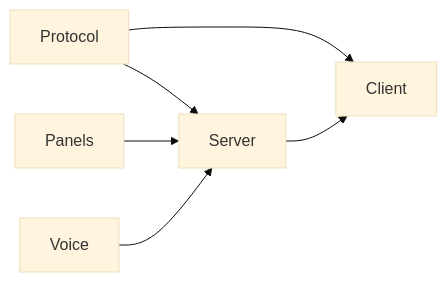
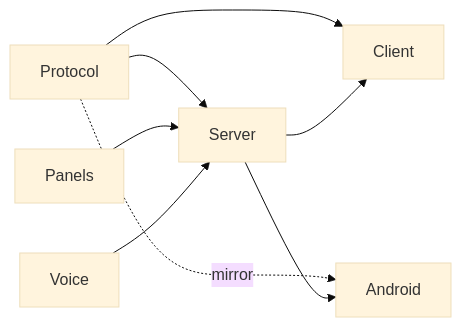
One commit to alennartz/pimote changed the first of 4 diagrams in codemap.md. Above: the diagram before and after it, drawn with Mermaid (base theme). The commit also changed other lines of this file and 9 other files, not shown here.

````diff
--- a/codemap.md
+++ b/codemap.md
@@ -7,8 +7,10 @@
 ```mermaid
 graph LR
   Protocol --> Server
   Protocol --> Client
+  Protocol -.mirror.-> Android
   Panels --> Server
   Voice --> Server
   Server --> Client
+  Server --> Android
 ```
````
